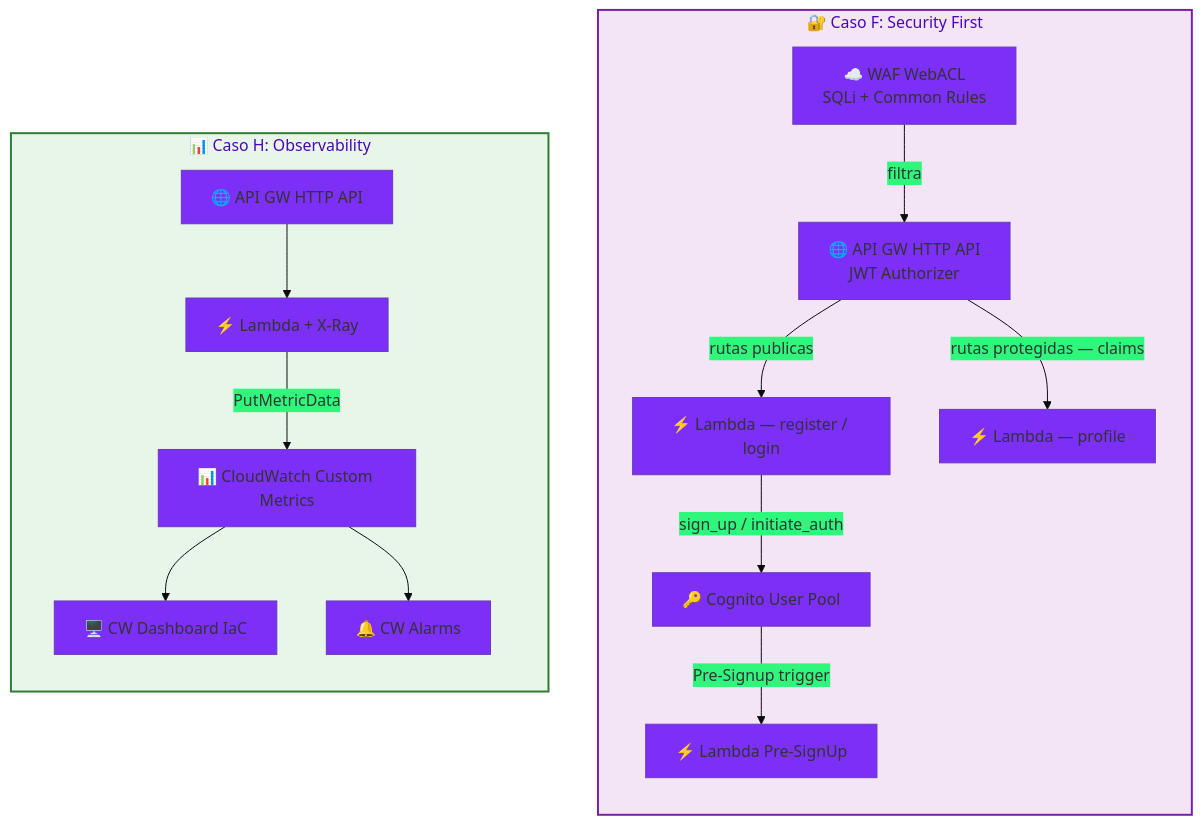
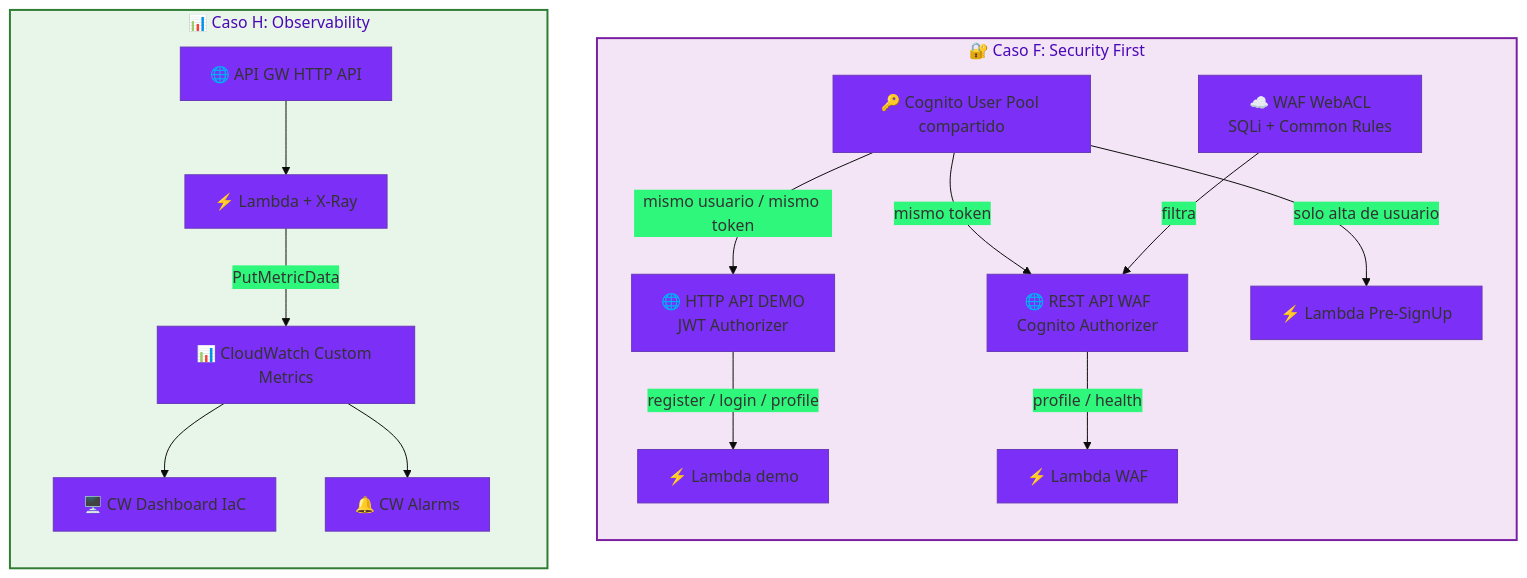
Before and after one commit to vladimiracunadev-create/proyectos-aws: the third of 5 diagrams in docs/ARCHITECTURE.md, drawn with Mermaid. The commit also changed 1 other file, not shown here.

Commit message:
docs(caso-f): refresh architecture visuals and shared-identity flow

````diff
--- a/docs/ARCHITECTURE.md
+++ b/docs/ARCHITECTURE.md
@@ -93,23 +93,24 @@
 ```mermaid
 %%{init: {'theme': 'base', 'themeVariables': { 'primaryColor': '#7b2ff7', 'edgeColor': '#c77dff', 'fontsize': '16px' }}}%%
 graph TB
     subgraph Tier_F["🔐 Caso F: Security First"]
         direction TB
-        F1[☁️ WAF WebACL<br/>SQLi + Common Rules] -->|filtra| F2[🌐 API GW HTTP API<br/>JWT Authorizer]
-        F2 -->|rutas publicas| F3[⚡ Lambda — register / login]
-        F3 -->|sign_up / initiate_auth| F4[🔑 Cognito User Pool]
-        F4 -->|Pre-Signup trigger| F5[⚡ Lambda Pre-SignUp]
-        F2 -->|rutas protegidas — claims| F6[⚡ Lambda — profile]
+        F1[🔑 Cognito User Pool compartido] -->|mismo usuario / mismo token| F2[🌐 HTTP API DEMO<br/>JWT Authorizer]
+        F2 -->|register / login / profile| F3[⚡ Lambda demo]
+        F1 -->|mismo token| F4[🌐 REST API WAF<br/>Cognito Authorizer]
+        F5[☁️ WAF WebACL<br/>SQLi + Common Rules] -->|filtra| F4
+        F4 -->|profile / health| F6[⚡ Lambda WAF]
+        F1 -->|solo alta de usuario| F7[⚡ Lambda Pre-SignUp]
     end
 
     subgraph Tier_H["📊 Caso H: Observability"]
         direction TB
         H1[🌐 API GW HTTP API] --> H2[⚡ Lambda + X-Ray]
         H2 -->|PutMetricData| H3[📊 CloudWatch Custom Metrics]
         H3 --> H4[🖥️ CW Dashboard IaC]
         H3 --> H5[🔔 CW Alarms]
     end
 
     style Tier_F fill:#f3e5f5,stroke:#7b1fa2,stroke-width:2px
     style Tier_H fill:#e8f5e9,stroke:#2e7d32,stroke-width:2px
 ```
````
